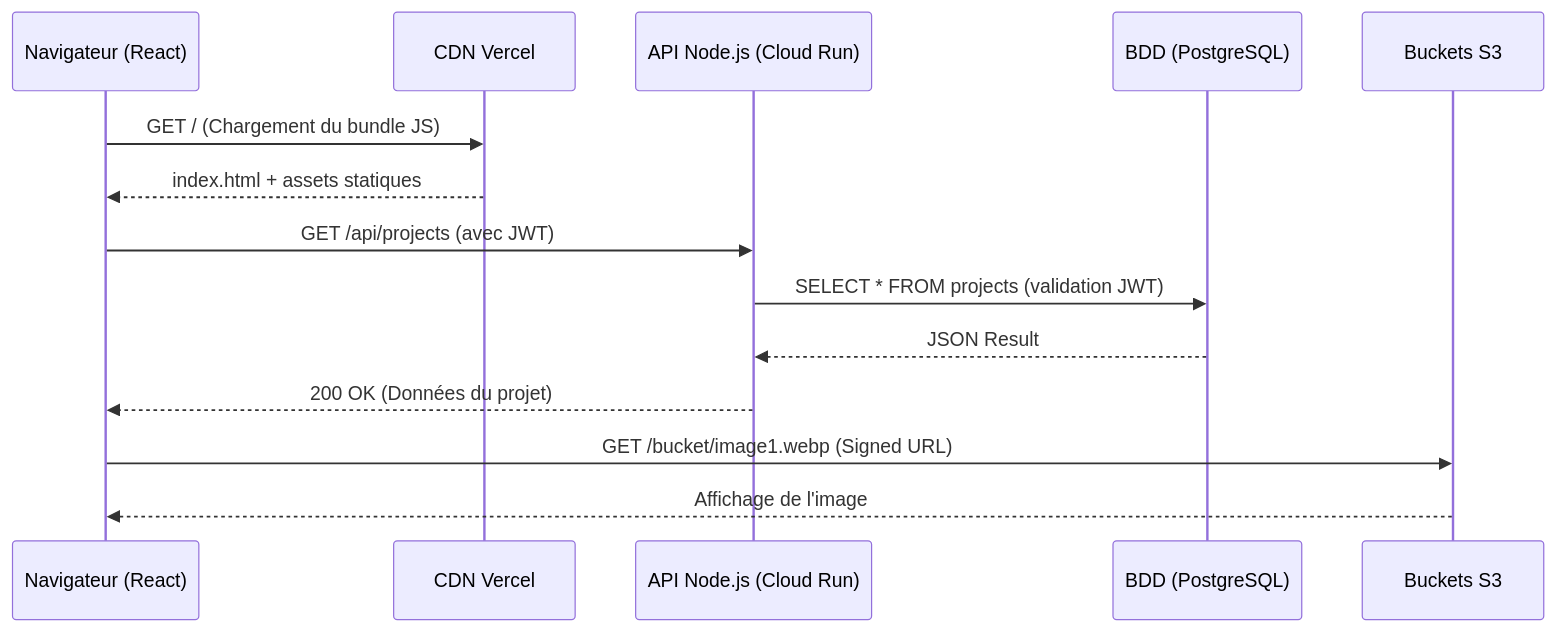
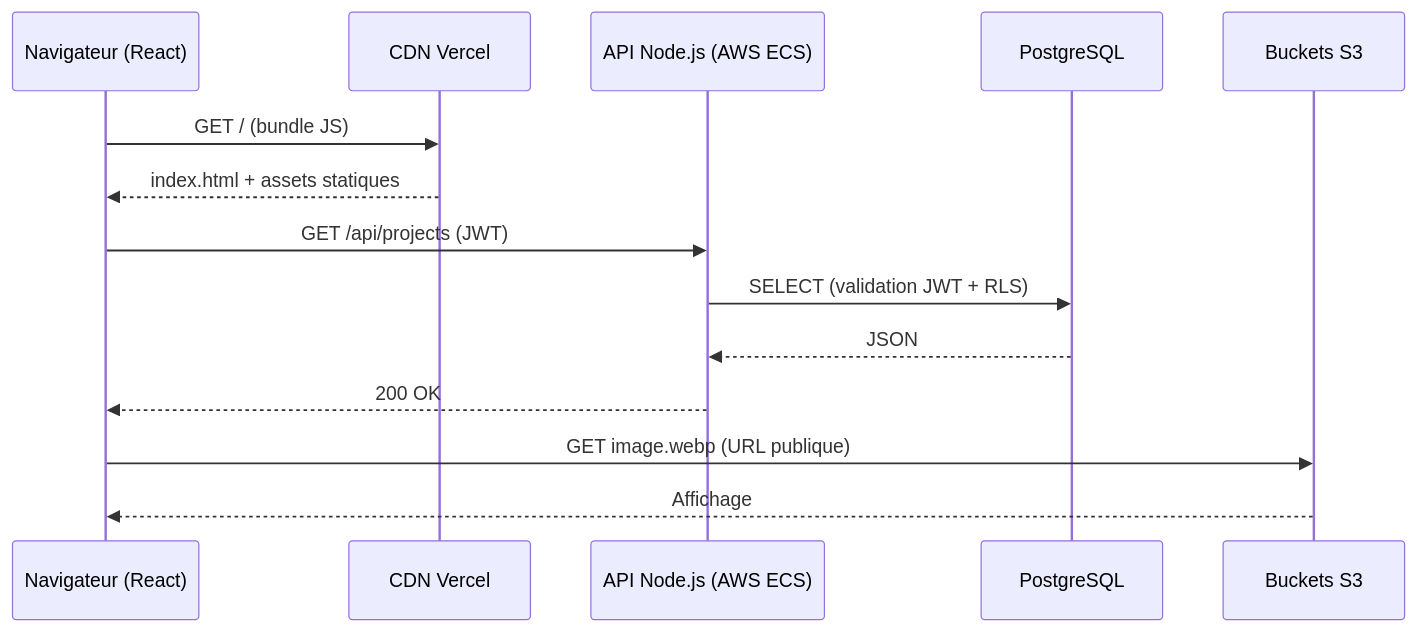
The first of 7 diagrams in docs/RNCP_Bloc2/dossier_technique.md (flavienderoy/myvisuals-back), drawn with Mermaid before and after one commit. The commit also changed other lines of this file and 1 other file, not shown here.

````diff
--- a/docs/RNCP_Bloc2/dossier_technique.md
+++ b/docs/RNCP_Bloc2/dossier_technique.md
@@ -127,17 +159,17 @@
 ```mermaid
 sequenceDiagram
     participant Client as Navigateur (React)
     participant Vercel as CDN Vercel
-    participant Express as API Node.js (Cloud Run)
-    participant Supabase as BDD (PostgreSQL)
+    participant Express as API Node.js (AWS ECS)
+    participant Supabase as PostgreSQL
     participant Storage as Buckets S3
 
-    Client->>Vercel: GET / (Chargement du bundle JS)
+    Client->>Vercel: GET / (bundle JS)
     Vercel-->>Client: index.html + assets statiques
-    Client->>Express: GET /api/projects (avec JWT)
-    Express->>Supabase: SELECT * FROM projects (validation JWT)
-    Supabase-->>Express: JSON Result
-    Express-->>Client: 200 OK (Données du projet)
-    Client->>Storage: GET /bucket/image1.webp (Signed URL)
-    Storage-->>Client: Affichage de l'image
+    Client->>Express: GET /api/projects (JWT)
+    Express->>Supabase: SELECT (validation JWT + RLS)
+    Supabase-->>Express: JSON
+    Express-->>Client: 200 OK
+    Client->>Storage: GET image.webp (URL publique)
+    Storage-->>Client: Affichage
 ```
````
